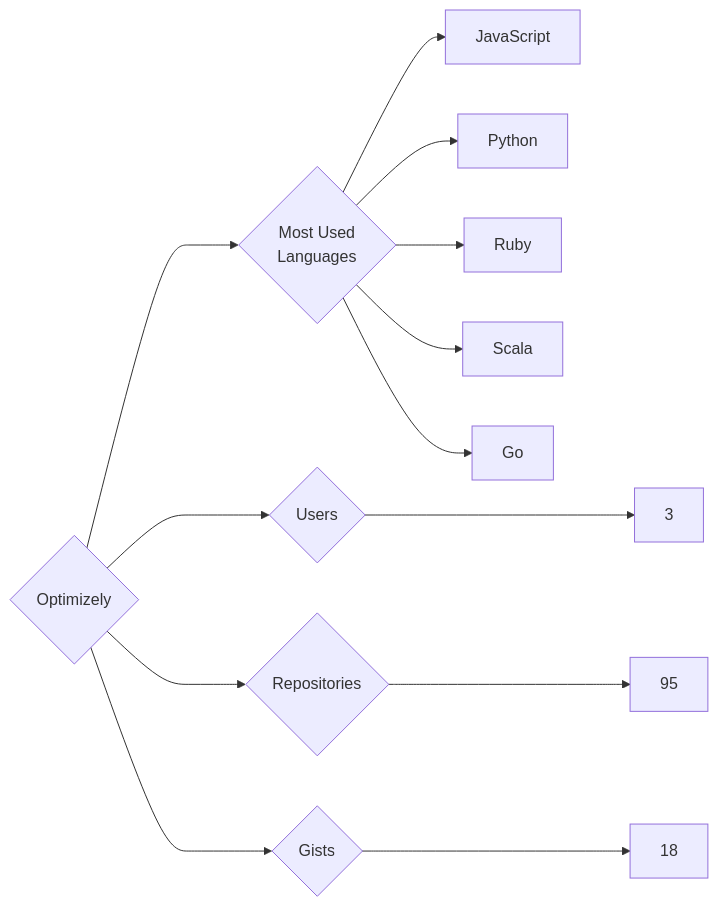
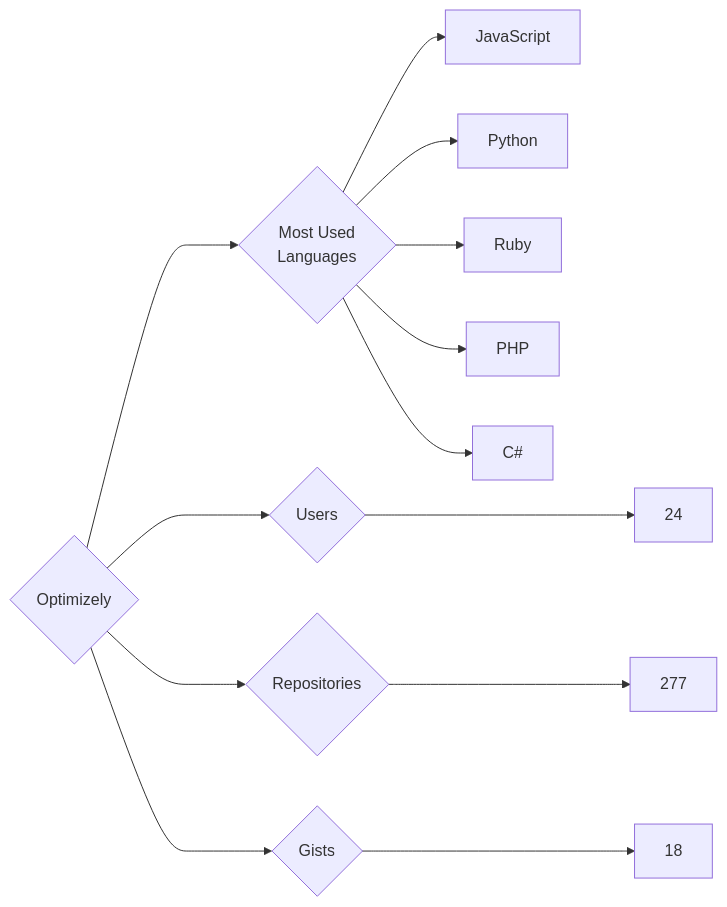
The diagram in targets/Optimizely/README.md (trickest/insiders), drawn with Mermaid before and after one commit. The commit also changed 715 other files, not shown here.

````diff
--- a/targets/Optimizely/README.md
+++ b/targets/Optimizely/README.md
@@ -3,13 +3,13 @@
 ```mermaid
 graph LR
 COMPANY_NAME{Optimizely}
-COMPANY_NAME ---> U{Users} ---> UN[3]
-COMPANY_NAME ---> R{Repositories} ---> RN[95]
+COMPANY_NAME ---> U{Users} ---> UN[24]
+COMPANY_NAME ---> R{Repositories} ---> RN[277]
 COMPANY_NAME ---> G{Gists} ---> GN[18]
 COMPANY_NAME ---> ML{Most Used<br>Languages}
 ML --> JavaScript[JavaScript]
 ML --> Python[Python]
 ML --> Ruby[Ruby]
-ML --> Scala[Scala]
-ML --> Go[Go]
+ML --> PHP[PHP]
+ML --> C#[C#]
 ```
````
